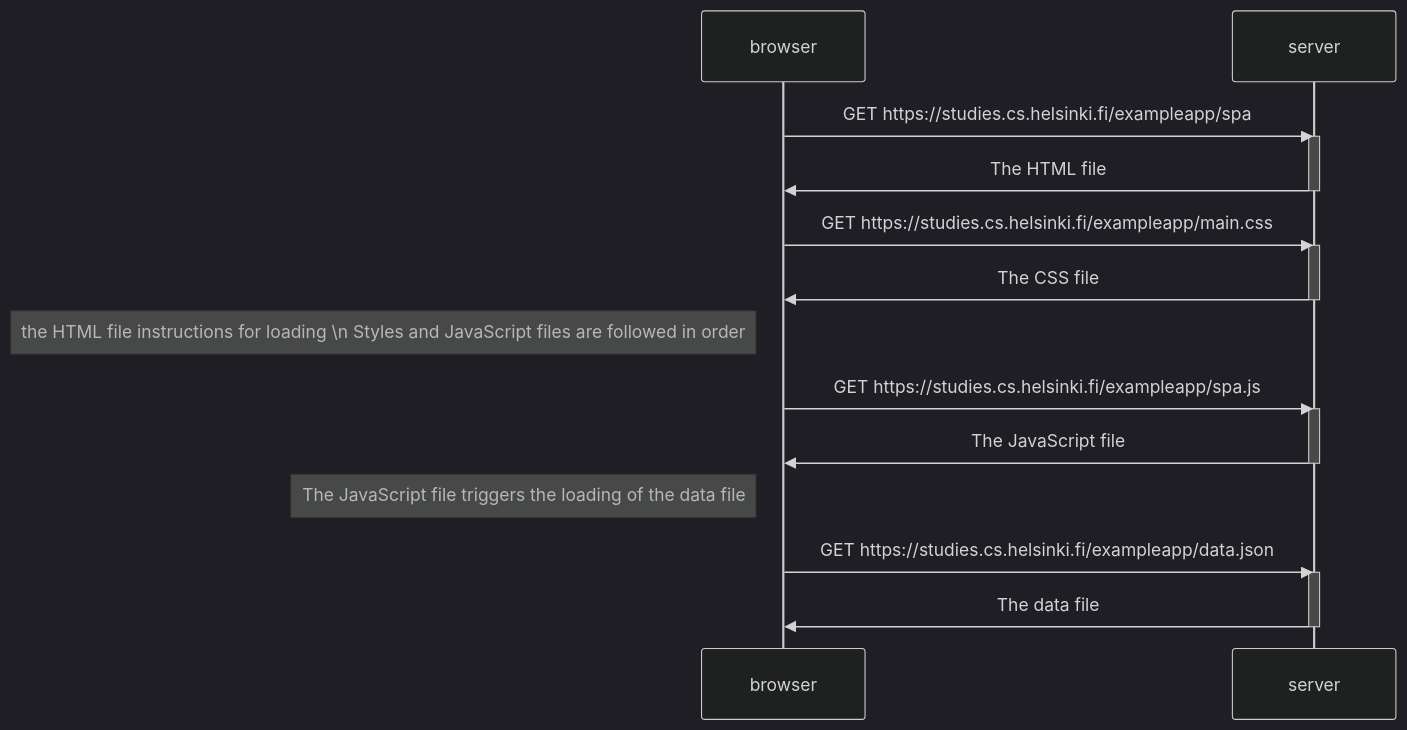
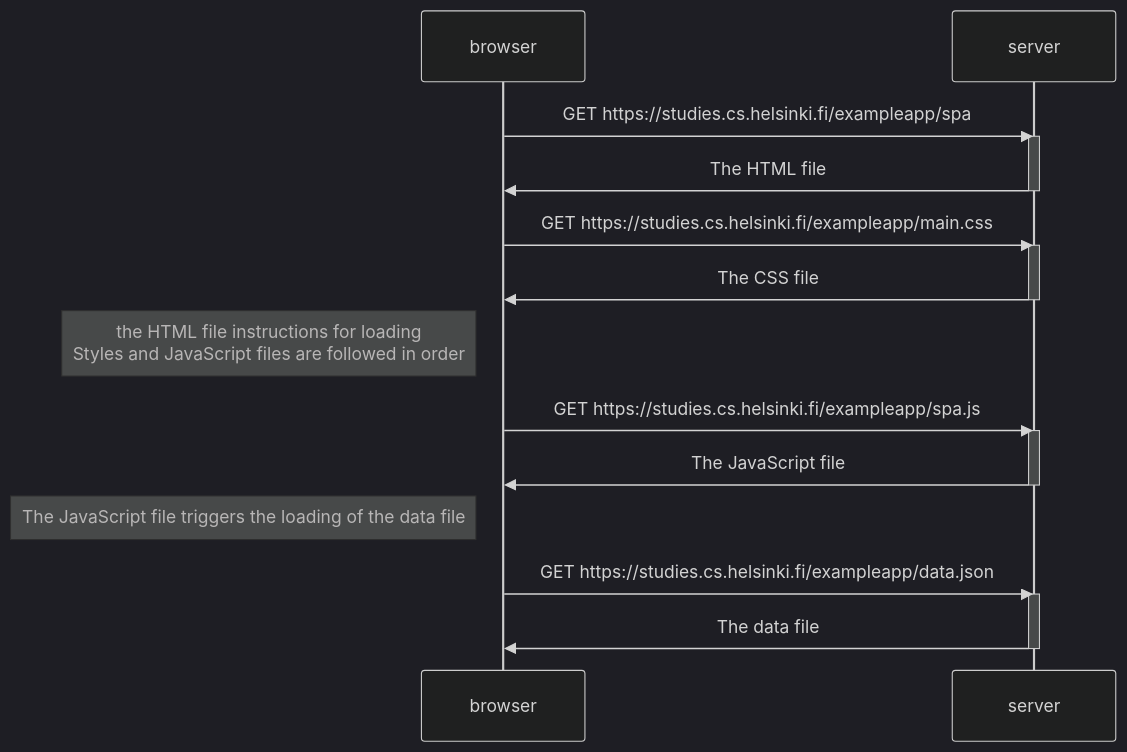
One commit to monaanvari/FullStackOpen changed the diagram in 0.5: Single page app diagram.MD. Above: the diagram before and after it, drawn with Mermaid (dark theme).

Commit message:
Fix line break in diagram note for clarity

````diff
--- a/0.5: Single page app diagram.MD
+++ b/0.5: Single page app diagram.MD
@@ -1,28 +1,28 @@
 ```mermaid
 sequenceDiagram
 participant browser
 participant server
 
 browser ->> server : GET https://studies.cs.helsinki.fi/exampleapp/spa
 activate server
 server ->> browser : The HTML file 
 deactivate server
 
 browser ->> server : GET https://studies.cs.helsinki.fi/exampleapp/main.css
 activate server
 server ->> browser : The CSS file 
 deactivate server
 
-Note left of browser: the HTML file instructions for loading \n Styles and JavaScript files are followed in order
+Note left of browser: the HTML file instructions for loading <br/> Styles and JavaScript files are followed in order
 
 browser ->> server : GET https://studies.cs.helsinki.fi/exampleapp/spa.js
 activate server
 server ->> browser : The JavaScript file 
 deactivate server
 
 Note left of browser: The JavaScript file triggers the loading of the data file
 browser ->> server : GET https://studies.cs.helsinki.fi/exampleapp/data.json
 activate server
 server ->> browser : The data file 
 deactivate server
 ```
````
